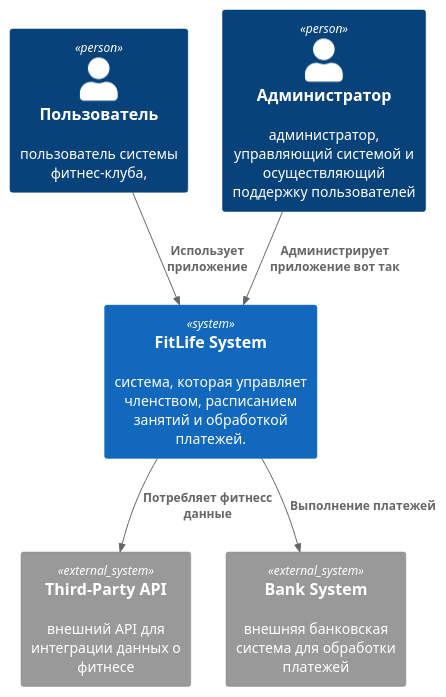
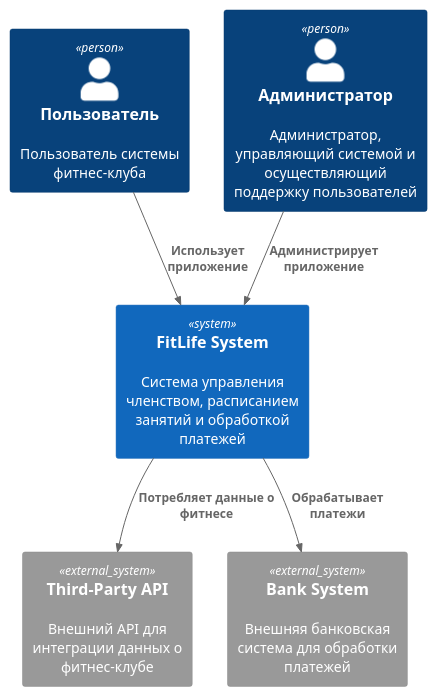
One commit to vasilokb/FitLife changed the diagram in diagrams/context/FitLife_Context.puml. Above: the diagram before and after it, drawn with PlantUML.

```diff
--- a/diagrams/context/FitLife_Context.puml
+++ b/diagrams/context/FitLife_Context.puml
@@ -1,17 +1,17 @@
 @startuml
 
 !include https://raw.githubusercontent.com/plantuml-stdlib/C4-PlantUML/master/C4_Context.puml
 
+Person(user, "Пользователь", "Пользователь системы фитнес-клуба")
+Person(admin, "Администратор", "Администратор, управляющий системой и осуществляющий поддержку пользователей")
+System(fitlife, "FitLife System", "Система управления членством, расписанием занятий и обработкой платежей")
 
-Person(user, "Пользователь", "пользователь системы фитнес-клуба,")
-Person(admin, "Администратор", "администратор, управляющий системой и осуществляющий поддержку пользователей")
-System(fitlife, "FitLife System", "система, которая управляет членством, расписанием занятий и обработкой платежей.")
+System_Ext(api, "Third-Party API", "Внешний API для интеграции данных о фитнес-клубе")
+System_Ext(bank, "Bank System", "Внешняя банковская система для обработки платежей")
 
-System_Ext(api, "Third-Party API", "внешний API для интеграции данных о фитнесе")
-System_Ext(bank, "Bank System", "внешняя банковская система для обработки платежей")
 Rel(user, fitlife, "Использует приложение")
-Rel(admin, fitlife, "Администрирует приложение вот так")
-Rel(fitlife, api, "Потребляет фитнесс данные")
-Rel(fitlife, bank, "Выполнение платежей")
+Rel(admin, fitlife, "Администрирует приложение")
+Rel(fitlife, api, "Потребляет данные о фитнесе")
+Rel(fitlife, bank, "Обрабатывает платежи")
 
 @enduml
```
